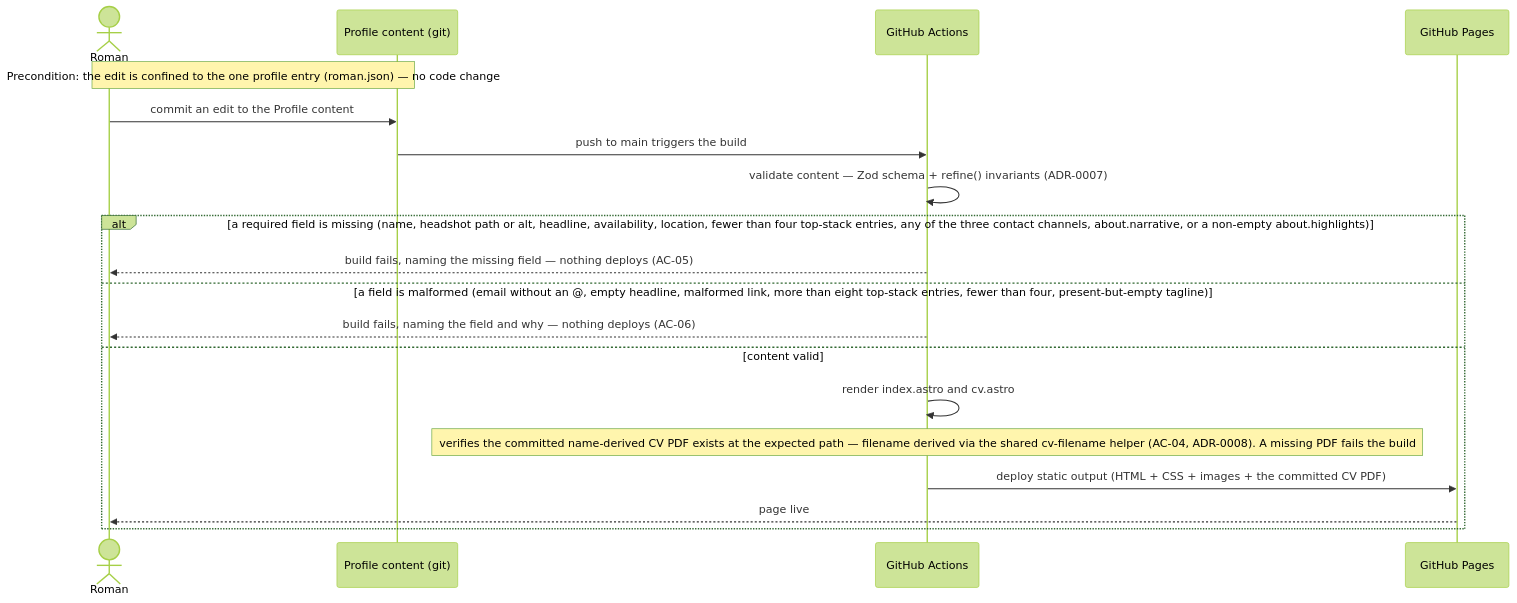
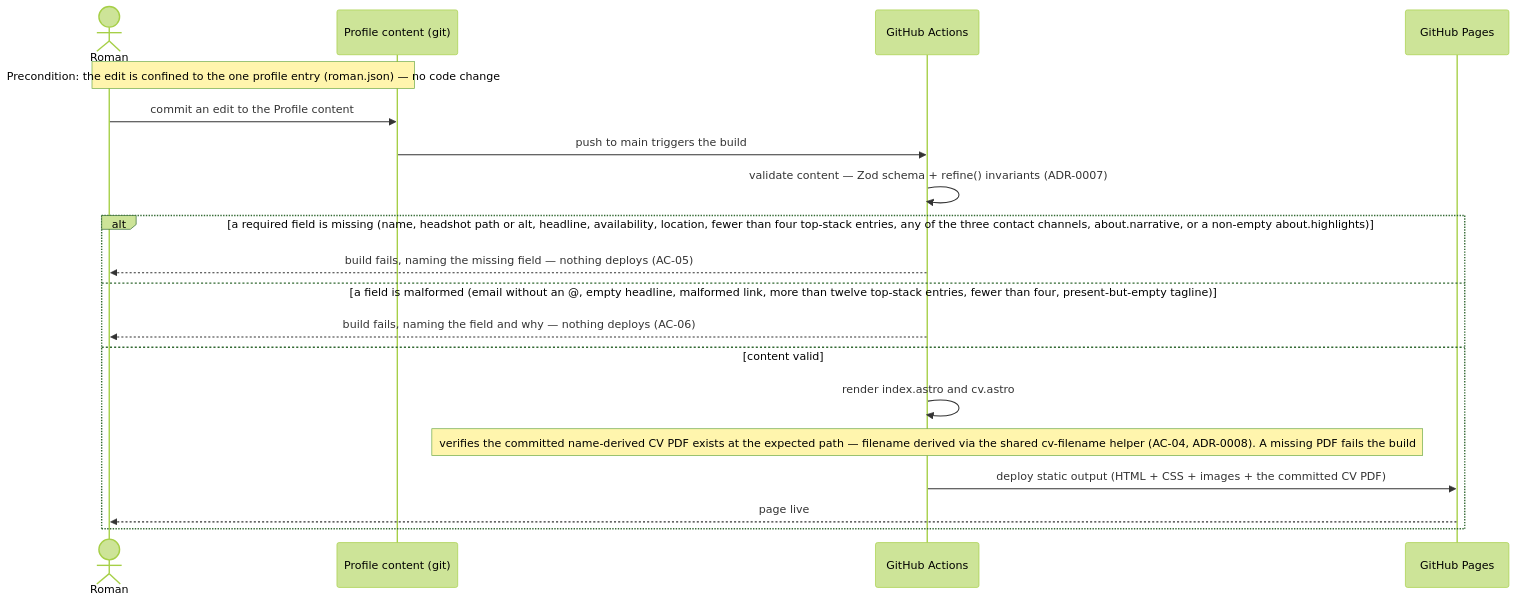
One commit to financeasist/personal-page changed the sixth of 6 diagrams in docs/features/personal-landing/sad.md. Above: the diagram before and after it, drawn with Mermaid (forest theme). The commit also changed other lines of this file and 7 other files, not shown here.

````diff
--- a/docs/features/personal-landing/sad.md
+++ b/docs/features/personal-landing/sad.md
@@ -264,21 +268,21 @@
 ```mermaid
 sequenceDiagram
     actor Roman
     participant Repo as Profile content (git)
     participant CI as GitHub Actions
     participant Pages as GitHub Pages
     Note over Roman,Repo: Precondition: the edit is confined to the one profile entry (roman.json) — no code change
     Roman->>Repo: commit an edit to the Profile content
     Repo->>CI: push to main triggers the build
     CI->>CI: validate content — Zod schema + refine() invariants (ADR-0007)
     alt a required field is missing (name, headshot path or alt, headline, availability, location, fewer than four top-stack entries, any of the three contact channels, about.narrative, or a non-empty about.highlights)
         CI-->>Roman: build fails, naming the missing field — nothing deploys (AC-05)
-    else a field is malformed (email without an @, empty headline, malformed link, more than eight top-stack entries, fewer than four, present-but-empty tagline)
+    else a field is malformed (email without an @, empty headline, malformed link, more than twelve top-stack entries, fewer than four, present-but-empty tagline)
         CI-->>Roman: build fails, naming the field and why — nothing deploys (AC-06)
     else content valid
         CI->>CI: render index.astro and cv.astro
         Note over CI: verifies the committed name-derived CV PDF exists at the expected path — filename derived via the shared cv-filename helper (AC-04, ADR-0008). A missing PDF fails the build
         CI->>Pages: deploy static output (HTML + CSS + images + the committed CV PDF)
         Pages-->>Roman: page live
     end
 ```
````
